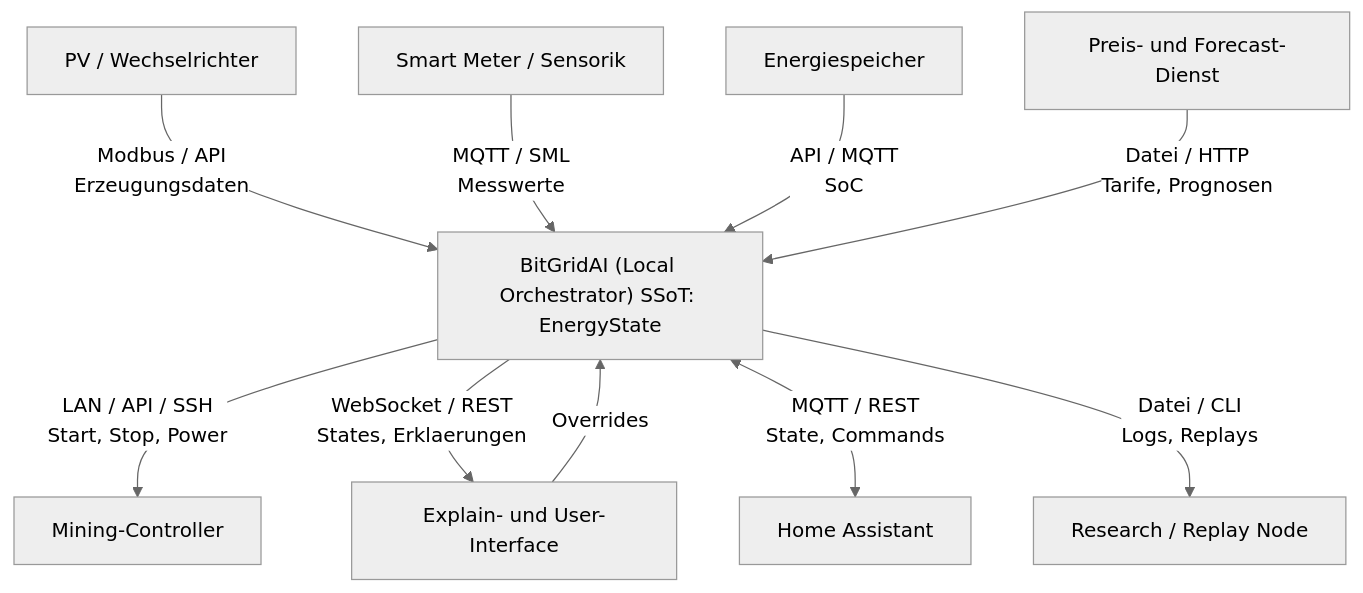
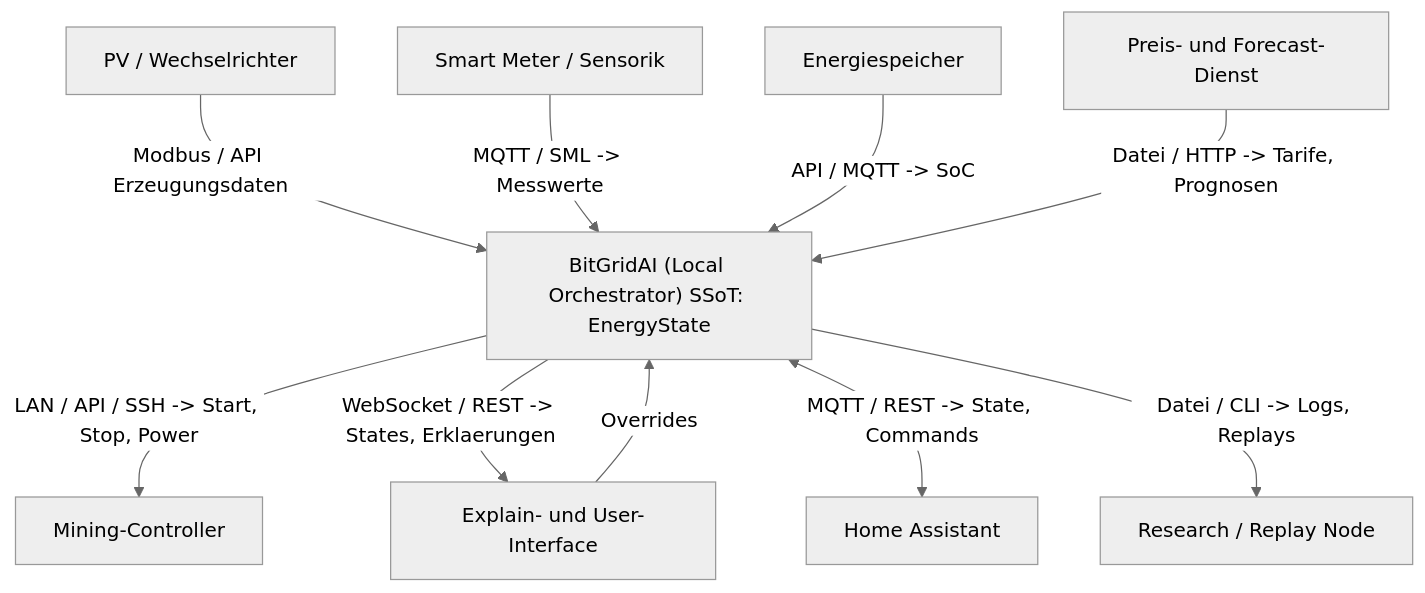
One commit to bitgrid-research/BitGridAI changed the diagram in docs/architecture/03_context/032_technical_context.md. Above: the diagram before and after it, drawn with Mermaid (neutral theme).

Commit message:
Refactor data flow representation in technical context

````diff
--- a/docs/architecture/03_context/032_technical_context.md
+++ b/docs/architecture/03_context/032_technical_context.md
@@ -22,32 +22,32 @@
 ```mermaid
 flowchart TB
 
     BitGridAI["BitGridAI (Local Orchestrator) SSoT: EnergyState"]
 
     %% Externe Systeme
     PV["PV / Wechselrichter"]
     Meter["Smart Meter / Sensorik"]
     Storage["Energiespeicher"]
     Miner["Mining-Controller"]
     HA["Home Assistant"]
     Forecast["Preis- und Forecast-Dienst"]
     UI["Explain- und User-Interface"]
     Research["Research / Replay Node"]
 
     %% Eingehende Daten
-    PV -->|Modbus / API\nErzeugungsdaten| BitGridAI
-    Meter -->|MQTT / SML\nMesswerte| BitGridAI
-    Storage -->|API / MQTT\nSoC| BitGridAI
-    Forecast -->|Datei / HTTP\nTarife, Prognosen| BitGridAI
+    PV -->|Modbus / API Erzeugungsdaten| BitGridAI
+    Meter -->|MQTT / SML -> Messwerte| BitGridAI
+    Storage -->|API / MQTT -> SoC| BitGridAI
+    Forecast -->|Datei / HTTP -> Tarife, Prognosen| BitGridAI
 
     %% Steuerung und Ausgaben
-    BitGridAI -->|LAN / API / SSH\nStart, Stop, Power| Miner
-    BitGridAI -->|WebSocket / REST\nStates, Erklaerungen| UI
+    BitGridAI -->|LAN / API / SSH -> Start, Stop, Power| Miner
+    BitGridAI -->|WebSocket / REST -> States, Erklaerungen| UI
     UI -->|Overrides| BitGridAI
 
     %% Integration
-    BitGridAI <-->|MQTT / REST\nState, Commands| HA
+    BitGridAI <-->|MQTT / REST -> State, Commands| HA
 
     %% Forschung
-    BitGridAI -->|Datei / CLI\nLogs, Replays| Research
+    BitGridAI -->|Datei / CLI -> Logs, Replays| Research
 ```
````
